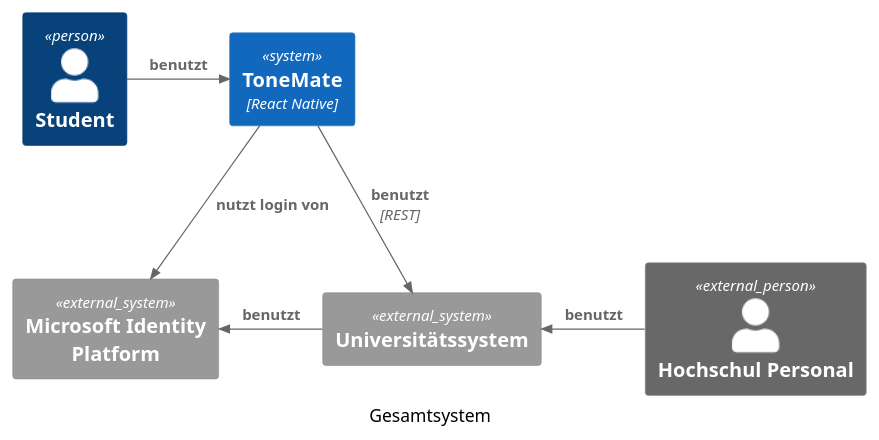
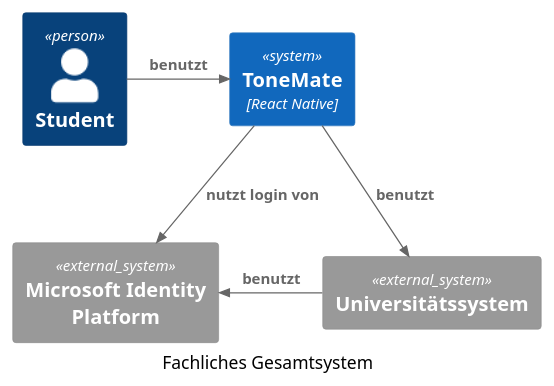
One commit to BB223/sw-architecture changed the diagram in diagrams/fachlicher_kontext.puml. Above: the diagram before and after it, drawn with PlantUML. The commit also changed 18 other files, not shown here.

```diff
--- a/diagrams/fachlicher_kontext.puml
+++ b/diagrams/fachlicher_kontext.puml
@@ -1,20 +1,18 @@
 @startuml
 !include <C4/C4_Context>
 
-caption Gesamtsystem
+caption Fachliches Gesamtsystem
 
 Person(student, "Student")
-Person_Ext(personal, "Hochschul Personal")
 
 System(toneMate, "ToneMate", $type="React Native")
 System_Ext(oauth, "Microsoft Identity Platform")
 System_Ext(uni, "Universitätssystem")
 
-Rel_D(toneMate, uni, "benutzt", "REST")
+Rel_D(toneMate, uni, "benutzt")
 Rel_L(uni, oauth, "benutzt")
 Rel_D(toneMate, oauth, "nutzt login von")
 
 Rel_R(student, toneMate, "benutzt")
-Rel_L(personal, uni, "benutzt")
 
 @enduml
```
